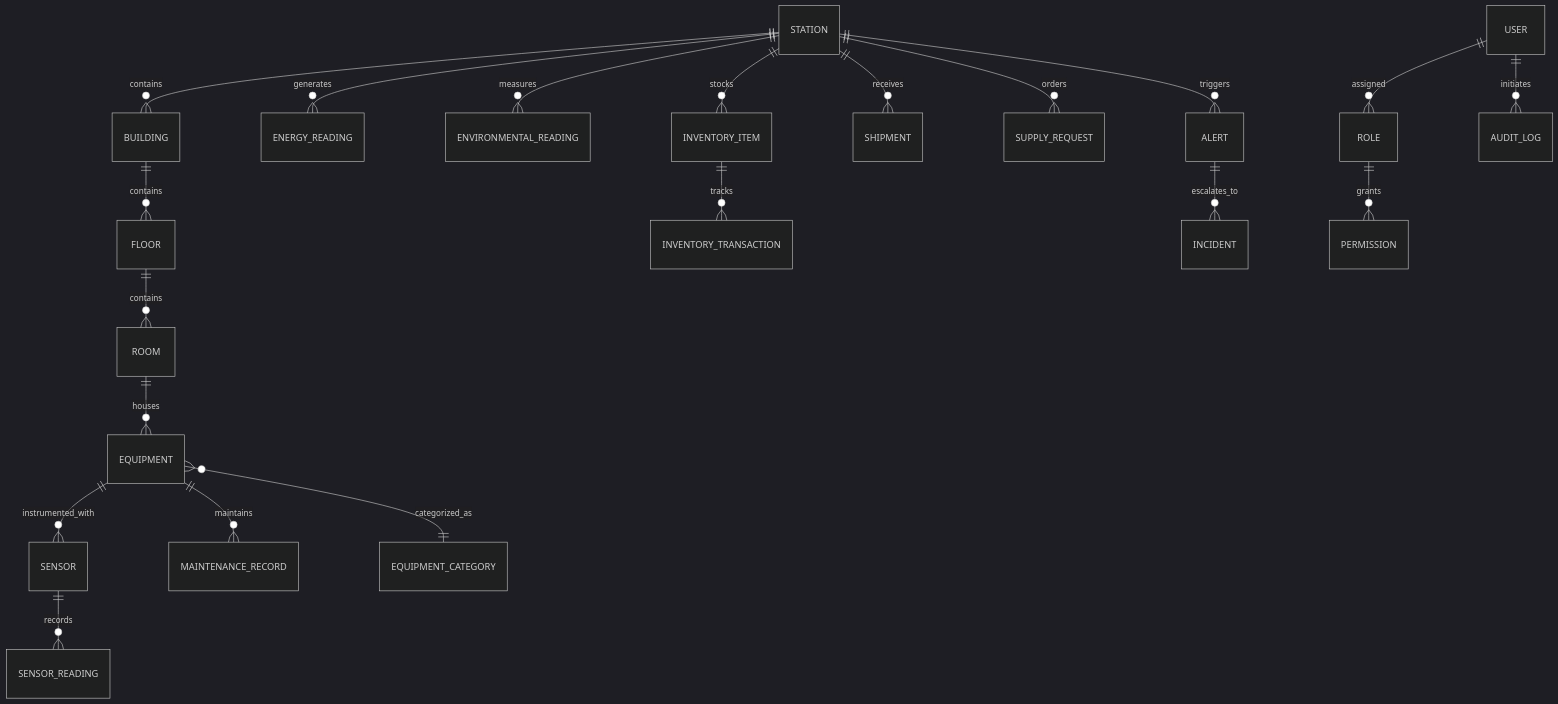
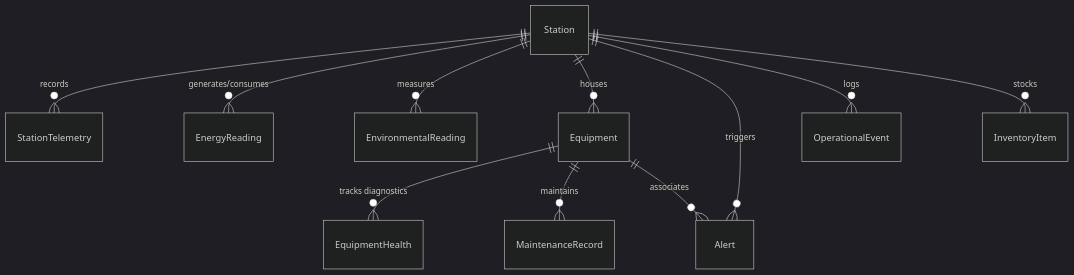
The diagram in docs/database-design.md (Sanjeet3065/Polaris), drawn with Mermaid (dark theme) before and after one commit. The commit also changed other lines of this file and 62 other files, not shown here.

````diff
--- a/docs/database-design.md
+++ b/docs/database-design.md
@@ -13,26 +95,13 @@
 ```mermaid
 erDiagram
-    STATION ||--o{ BUILDING : contains
-    BUILDING ||--o{ FLOOR : contains
-    FLOOR ||--o{ ROOM : contains
-    ROOM ||--o{ EQUIPMENT : houses
-    EQUIPMENT ||--o{ SENSOR : instrumented_with
-    EQUIPMENT ||--o{ MAINTENANCE_RECORD : maintains
-    EQUIPMENT }o--|| EQUIPMENT_CATEGORY : categorized_as
-
-    SENSOR ||--o{ SENSOR_READING : records
-    STATION ||--o{ ENERGY_READING : generates
-    STATION ||--o{ ENVIRONMENTAL_READING : measures
-
-    STATION ||--o{ INVENTORY_ITEM : stocks
-    INVENTORY_ITEM ||--o{ INVENTORY_TRANSACTION : tracks
-    STATION ||--o{ SHIPMENT : receives
-    STATION ||--o{ SUPPLY_REQUEST : orders
-
-    STATION ||--o{ ALERT : triggers
-    ALERT ||--o{ INCIDENT : escalates_to
-
-    USER ||--o{ ROLE : assigned
-    ROLE ||--o{ PERMISSION : grants
-    USER ||--o{ AUDIT_LOG : initiates
+    Station ||--o{ StationTelemetry : "records"
+    Station ||--o{ EnergyReading : "generates/consumes"
+    Station ||--o{ EnvironmentalReading : "measures"
+    Station ||--o{ Equipment : "houses"
+    Station ||--o{ Alert : "triggers"
+    Station ||--o{ OperationalEvent : "logs"
+    Station ||--o{ InventoryItem : "stocks"
+    Equipment ||--o{ EquipmentHealth : "tracks diagnostics"
+    Equipment ||--o{ MaintenanceRecord : "maintains"
+    Equipment ||--o{ Alert : "associates"
 ```
````
